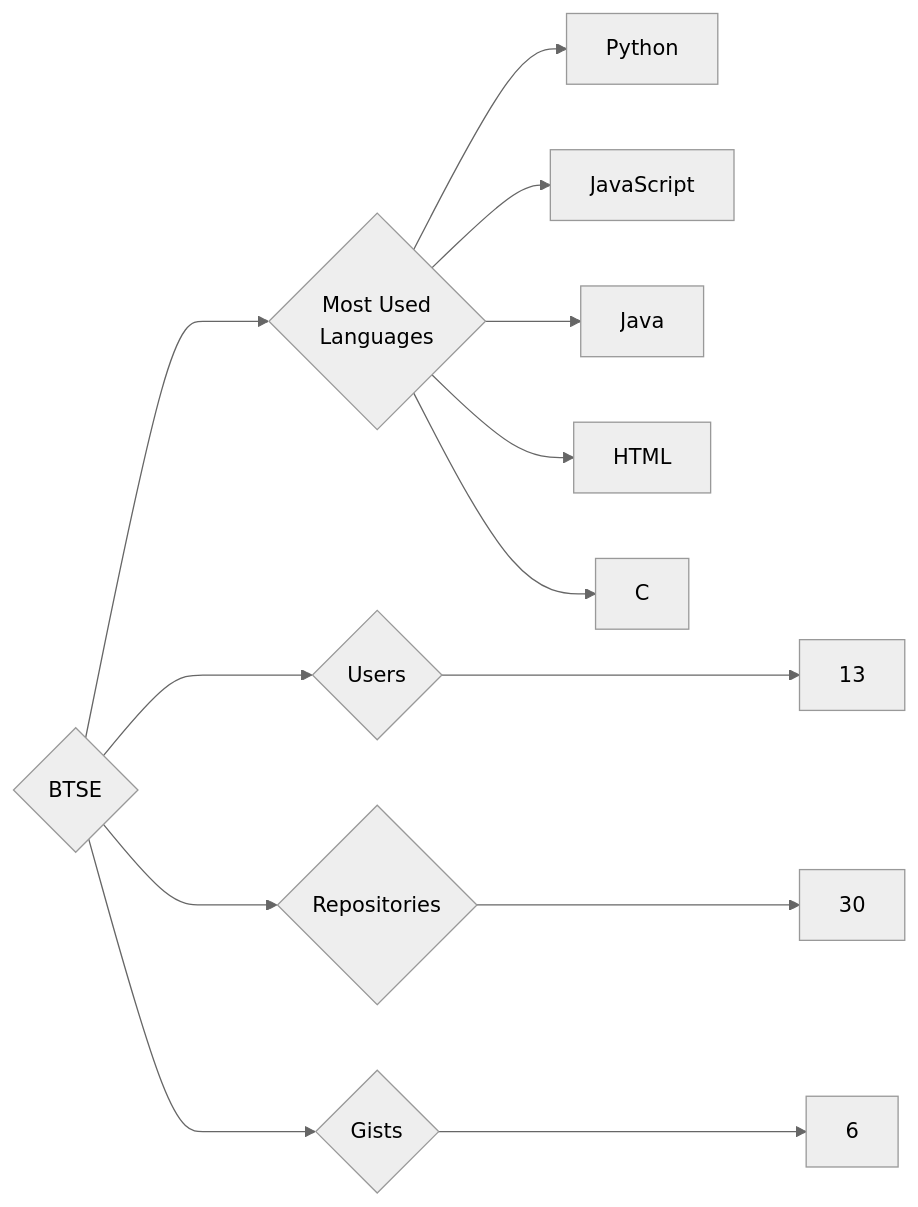
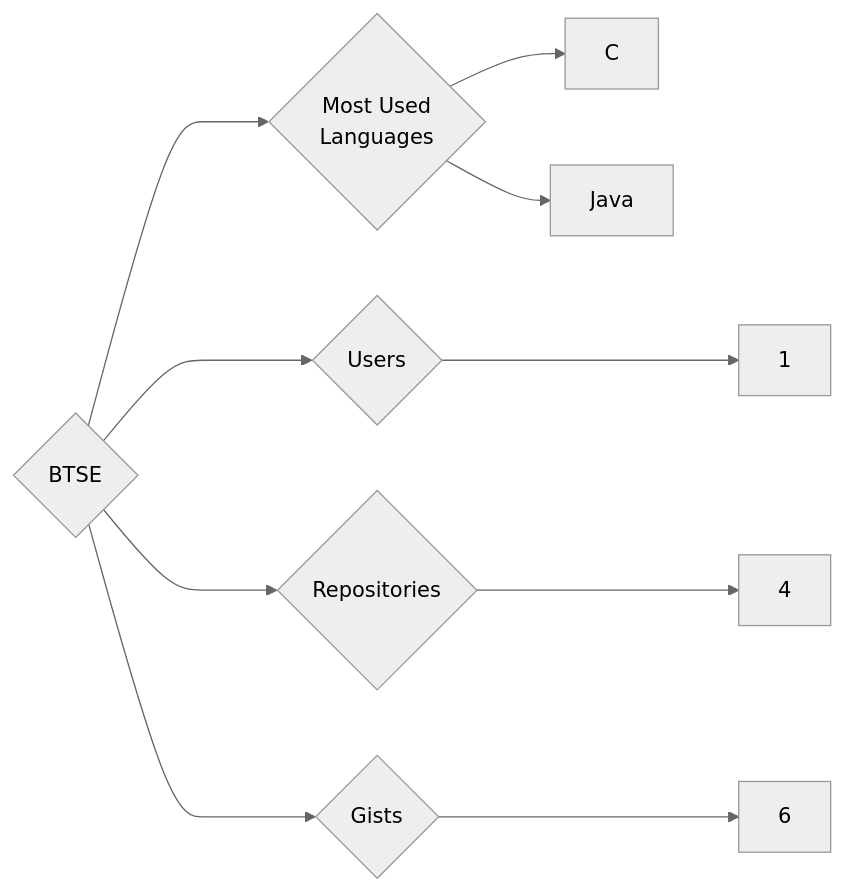
Before and after one commit to trickest/insiders: the diagram in targets/BTSE/README.md, drawn with Mermaid (neutral theme). The commit also changed 933 other files, not shown here.

````diff
--- a/targets/BTSE/README.md
+++ b/targets/BTSE/README.md
@@ -3,13 +3,10 @@
 ```mermaid
 graph LR
 COMPANY_NAME{BTSE}
-COMPANY_NAME ---> U{Users} ---> UN[13]
-COMPANY_NAME ---> R{Repositories} ---> RN[30]
+COMPANY_NAME ---> U{Users} ---> UN[1]
+COMPANY_NAME ---> R{Repositories} ---> RN[4]
 COMPANY_NAME ---> G{Gists} ---> GN[6]
 COMPANY_NAME ---> ML{Most Used<br>Languages}
-ML --> Python[Python]
-ML --> JavaScript[JavaScript]
+ML --> C[C]
 ML --> Java[Java]
-ML --> HTML[HTML]
-ML --> C[C]
 ```
````
